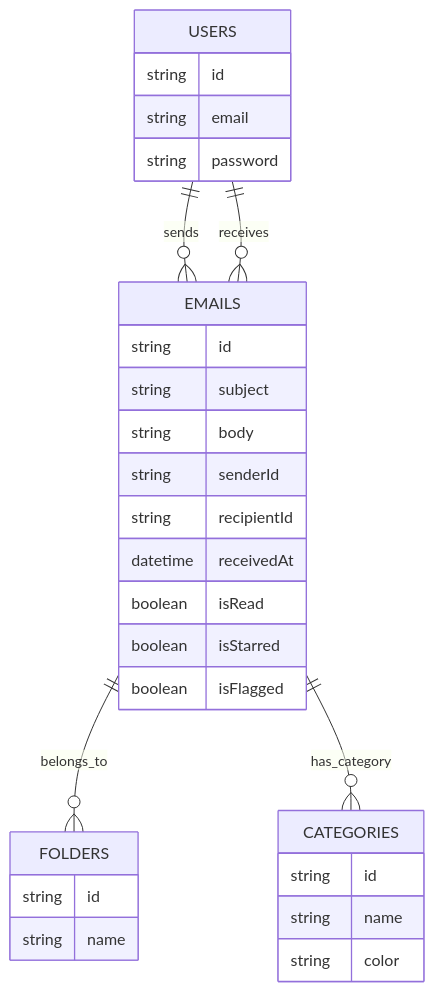
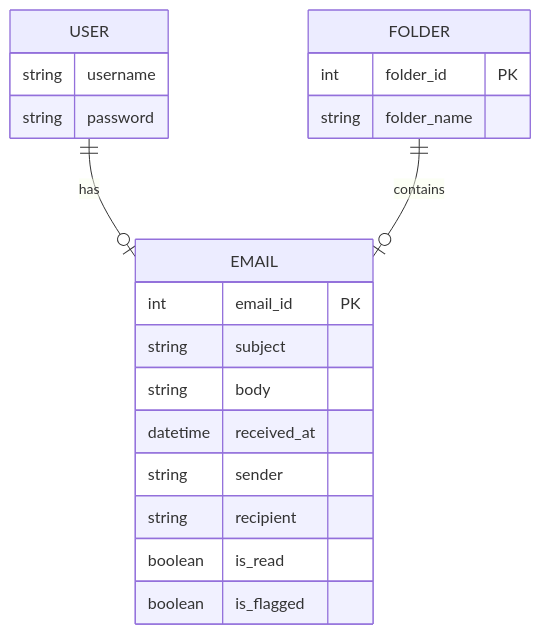
One commit to Harshita-capsitech/EmailDocs changed the second of 2 diagrams in Emails/Providers/Outlook/Folders/sent.md. Above: the diagram before and after it, drawn with Mermaid. The commit also changed other lines of this file, not shown here.

````diff
--- a/Emails/Providers/Outlook/Folders/sent.md
+++ b/Emails/Providers/Outlook/Folders/sent.md
@@ -85,32 +79,23 @@
 ```mermaid
 erDiagram
-    USERS {
-        string id
-        string email
+    USER {
+        string username
         string password
     }
-    EMAILS {
-        string id
+    EMAIL {
+        int email_id PK
         string subject
         string body
-        string senderId
-        string recipientId
-        datetime receivedAt
-        boolean isRead
-        boolean isStarred
-        boolean isFlagged
+        datetime received_at
+        string sender
+        string recipient
+        boolean is_read
+        boolean is_flagged
     }
-    FOLDERS {
-        string id
-        string name
+    FOLDER {
+        int folder_id PK
+        string folder_name
     }
-    CATEGORIES {
-        string id
-        string name
-        string color
-    }
-    USERS ||--o{ EMAILS: "sends"
-    USERS ||--o{ EMAILS: "receives"
-    EMAILS ||--o{ FOLDERS: "belongs_to"
-    EMAILS ||--o{ CATEGORIES: "has_category"
+    USER ||--o| EMAIL : has
+    FOLDER ||--o| EMAIL : contains
 ```
````
